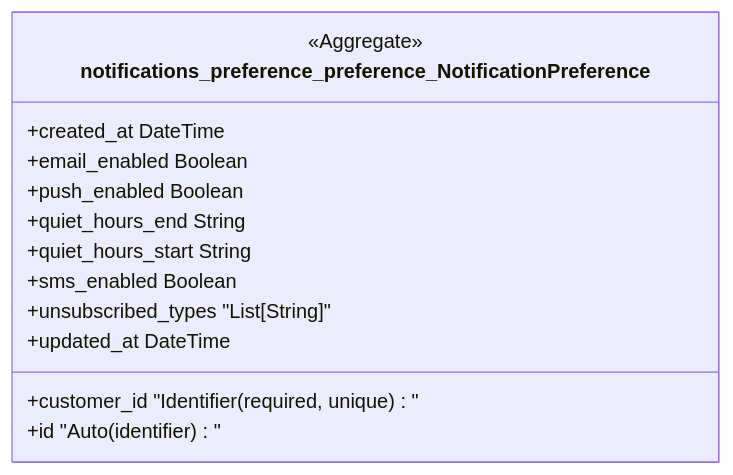
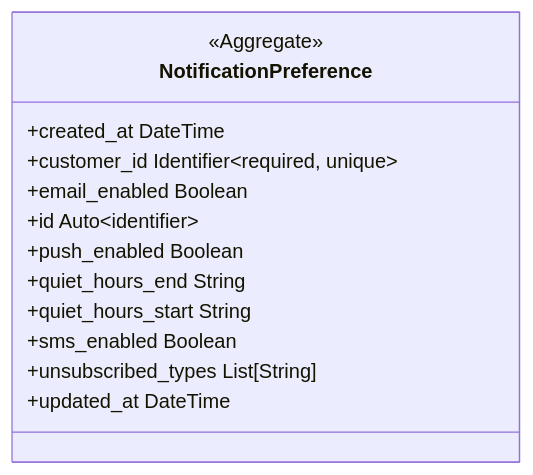
One commit to proteanhq/shopstream changed the second of 2 diagrams in docs/notifications/clusters.md. Above: the diagram before and after it, drawn with Mermaid. The commit also changed other lines of this file and 24 other files, not shown here.

First line of the commit message:
Regenerate docs with improved Mermaid diagrams from upstream Protean fixes

````diff
--- a/docs/notifications/clusters.md
+++ b/docs/notifications/clusters.md
@@ -32,16 +32,16 @@
 ```mermaid
 classDiagram
-    class notifications_preference_preference_NotificationPreference {
+    class notifications_preference_preference_NotificationPreference["NotificationPreference"] {
         <<Aggregate>>
         +created_at DateTime
-        +customer_id "Identifier (required, unique)"
+        +customer_id Identifier~required, unique~
         +email_enabled Boolean
-        +id "Auto (identifier)"
+        +id Auto~identifier~
         +push_enabled Boolean
         +quiet_hours_end String
         +quiet_hours_start String
         +sms_enabled Boolean
-        +unsubscribed_types "List[String]"
+        +unsubscribed_types List[String]
         +updated_at DateTime
     }
 ```
````
